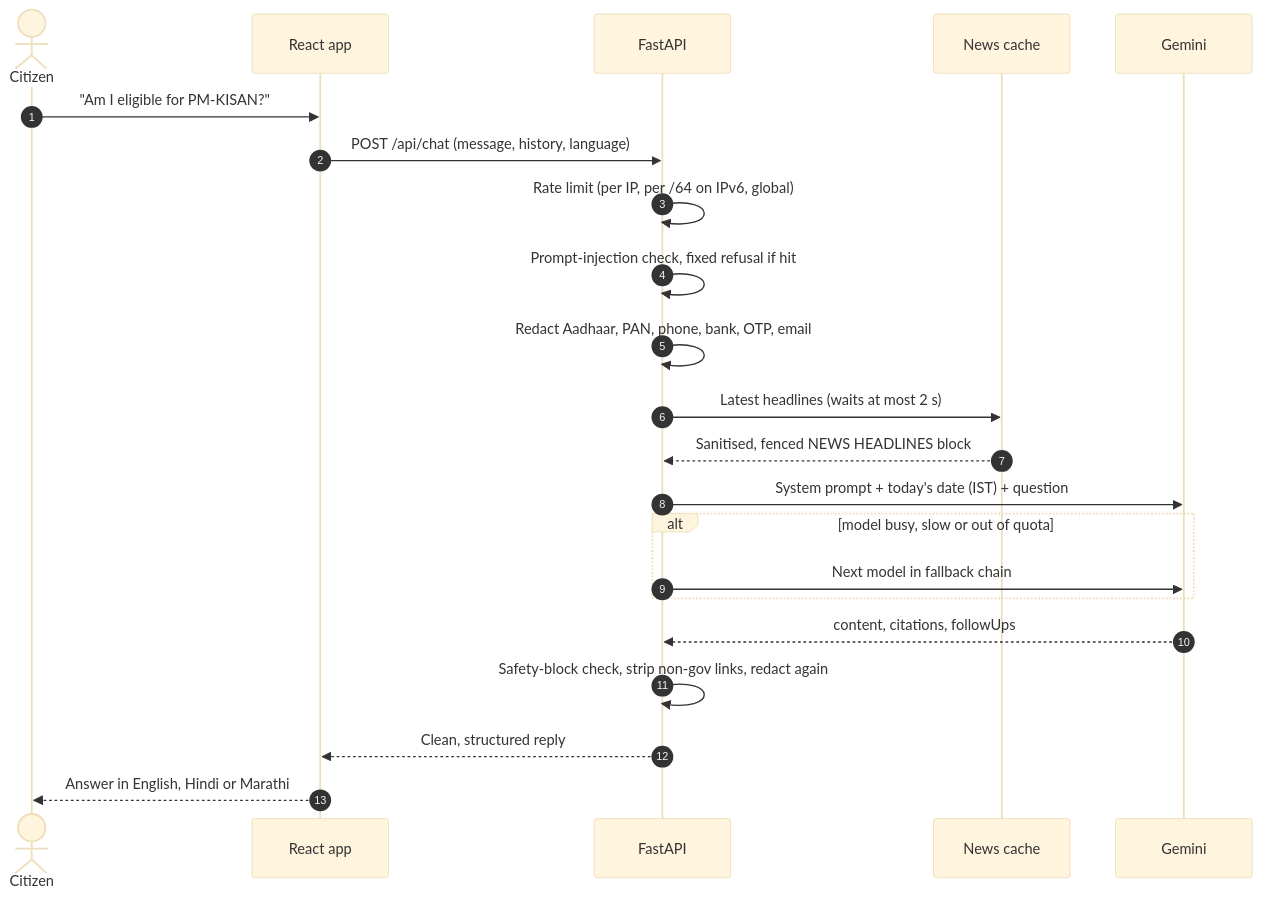
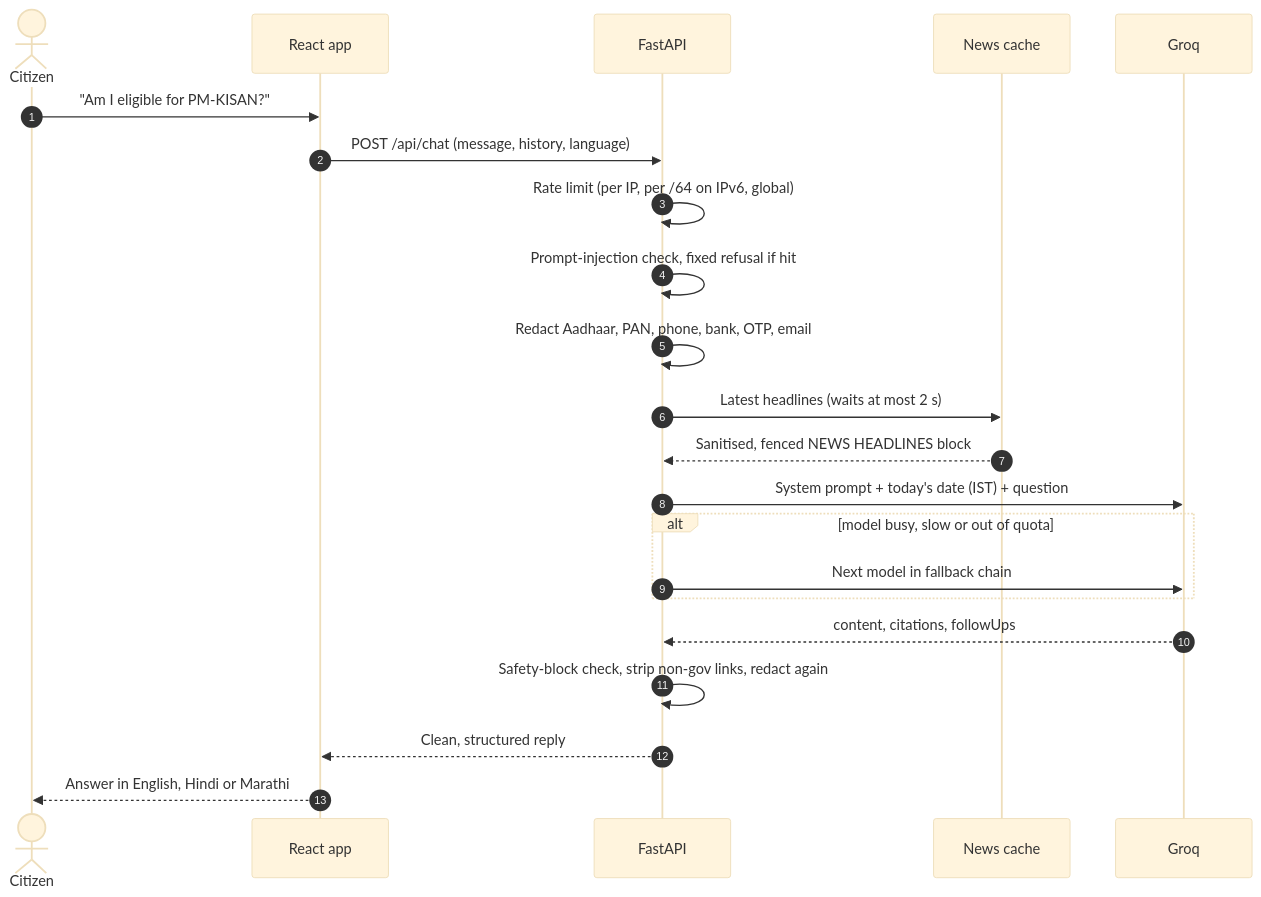
The third of 3 diagrams in README.md (Hiranyam1003/VaidhaAI), drawn with Mermaid (base theme) before and after one commit. The commit also changed other lines of this file and 11 other files, not shown here.

First line of the commit message:
Switch the AI backend from Gemini to Groq

````diff
--- a/README.md
+++ b/README.md
@@ -197,25 +196,25 @@
 ```mermaid
 sequenceDiagram
     autonumber
     actor U as Citizen
     participant F as React app
     participant B as FastAPI
     participant N as News cache
-    participant G as Gemini
+    participant G as Groq
 
     U->>F: "Am I eligible for PM-KISAN?"
     F->>B: POST /api/chat (message, history, language)
     B->>B: Rate limit (per IP, per /64 on IPv6, global)
     B->>B: Prompt-injection check, fixed refusal if hit
     B->>B: Redact Aadhaar, PAN, phone, bank, OTP, email
     B->>N: Latest headlines (waits at most 2 s)
     N-->>B: Sanitised, fenced NEWS HEADLINES block
     B->>G: System prompt + today's date (IST) + question
     alt model busy, slow or out of quota
         B->>G: Next model in fallback chain
     end
     G-->>B: content, citations, followUps
     B->>B: Safety-block check, strip non-gov links, redact again
     B-->>F: Clean, structured reply
     F-->>U: Answer in English, Hindi or Marathi
 ```
````
